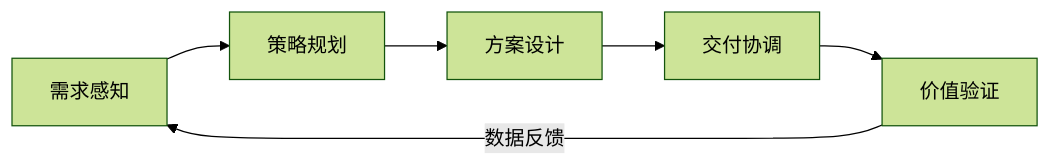
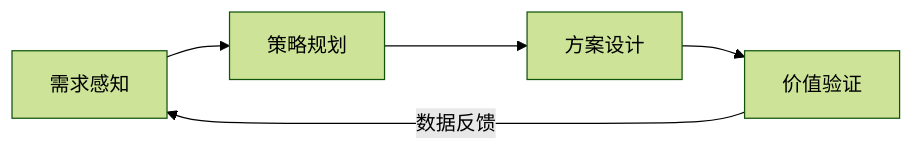
The fifth of 5 diagrams in docs/guides/user-guide.md (kelegele/oh-my-pm), drawn with Mermaid (forest theme) before and after one commit. The commit also changed other lines of this file and 28 other files, not shown here.

````diff
--- a/docs/guides/user-guide.md
+++ b/docs/guides/user-guide.md
@@ -242,8 +206,7 @@
 ```mermaid
 graph LR
     A["需求感知"] --> B["策略规划"]
     B --> C["方案设计"]
-    C --> D["交付协调"]
-    D --> E["价值验证"]
-    E -->|"数据反馈"| A
+    C --> D["价值验证"]
+    D -->|"数据反馈"| A
 ```
````
